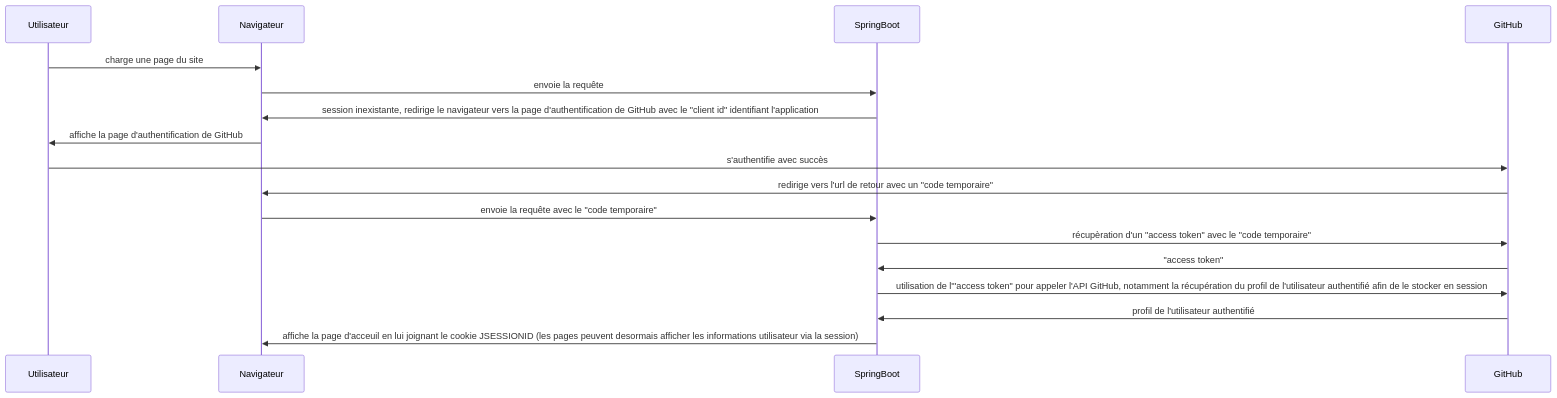
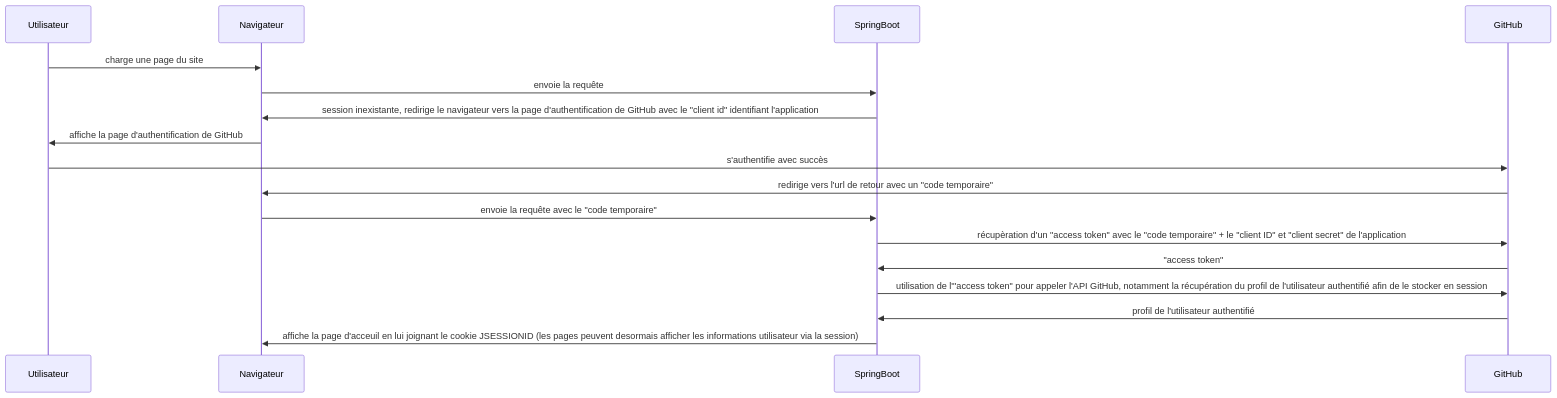
One commit to frigaux/api-cotations-boursieres changed the second of 2 diagrams in README.md. Above: the diagram before and after it, drawn with Mermaid.

Commit message:
Start dev

````diff
--- a/README.md
+++ b/README.md
@@ -21,15 +21,15 @@
 ```mermaid
   sequenceDiagram
     Utilisateur->>Navigateur: charge une page du site
     Navigateur->>SpringBoot: envoie la requête
     SpringBoot->>Navigateur: session inexistante, redirige le navigateur vers la page d'authentification de GitHub avec le "client id" identifiant l'application
     Navigateur->>Utilisateur: affiche la page d'authentification de GitHub
     Utilisateur->>GitHub: s'authentifie avec succès
     GitHub->>Navigateur: redirige vers l'url de retour avec un "code temporaire"
     Navigateur->>SpringBoot: envoie la requête avec le "code temporaire"
-    SpringBoot->>GitHub: récupèration d'un "access token" avec le "code temporaire"
+    SpringBoot->>GitHub: récupèration d'un "access token" avec le "code temporaire" + le "client ID" et "client secret" de l'application
     GitHub->>SpringBoot: "access token"
     SpringBoot->>GitHub: utilisation de l'"access token" pour appeler l'API GitHub, notamment la récupération du profil de l'utilisateur authentifié afin de le stocker en session
     GitHub->>SpringBoot: profil de l'utilisateur authentifié
     SpringBoot->>Navigateur: affiche la page d'acceuil en lui joignant le cookie JSESSIONID (les pages peuvent desormais afficher les informations utilisateur via la session)
 ```
````
